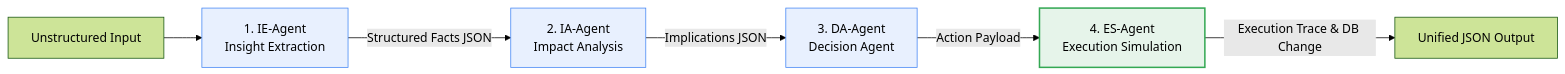
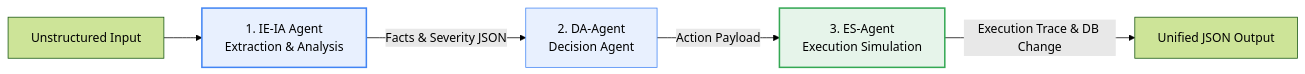
One commit to u-faizan/ai-seekho-hackathon changed the first of 3 diagrams in system_architecture.md. Above: the diagram before and after it, drawn with Mermaid (forest theme). The commit also changed other lines of this file, not shown here.

Commit message:
docs: update system architecture to match optimized 2-step agent pipeline

````diff
--- a/system_architecture.md
+++ b/system_architecture.md
@@ -46,13 +46,11 @@
 ```mermaid
 graph LR
-    Input[Unstructured Input] --> IE[1. IE-Agent<br>Insight Extraction]
-    IE -->|Structured Facts JSON| IA[2. IA-Agent<br>Impact Analysis]
-    IA -->|Implications JSON| DA[3. DA-Agent<br>Decision Agent]
-    DA -->|Action Payload| ES[4. ES-Agent<br>Execution Simulation]
+    Input[Unstructured Input] --> IEIA[1. IE-IA Agent<br>Extraction & Analysis]
+    IEIA -->|Facts & Severity JSON| DA[2. DA-Agent<br>Decision Agent]
+    DA -->|Action Payload| ES[3. ES-Agent<br>Execution Simulation]
     ES -->|Execution Trace & DB Change| Output[Unified JSON Output]
     
-    style IE fill:#e8f0fe,stroke:#4285f4,stroke-width:1px
-    style IA fill:#e8f0fe,stroke:#4285f4,stroke-width:1px
+    style IEIA fill:#e8f0fe,stroke:#4285f4,stroke-width:2px
     style DA fill:#e8f0fe,stroke:#4285f4,stroke-width:1px
     style ES fill:#e6f4ea,stroke:#34a853,stroke-width:2px
 ```
````
